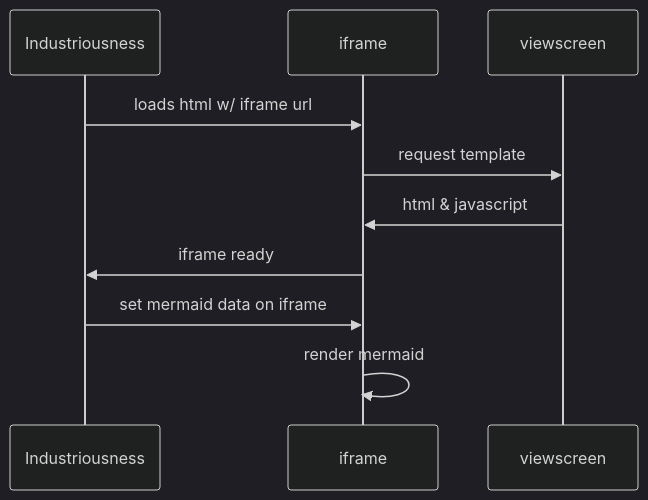
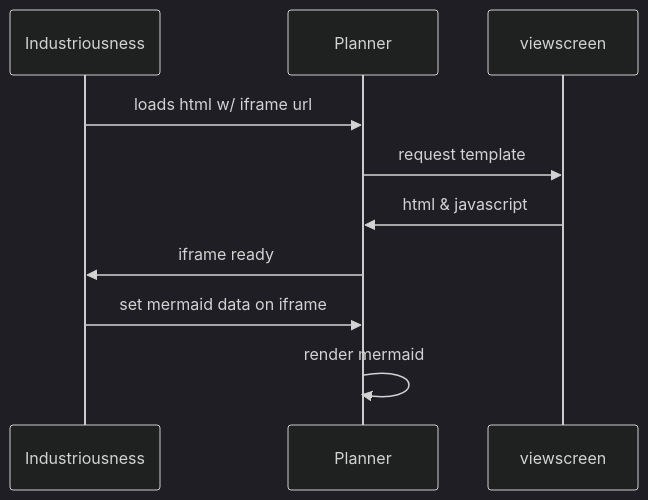
Before and after one commit to vanHeemstraSystems/industriousness: the second of 2 diagrams in 300/README.md, drawn with Mermaid (dark theme).

````diff
--- a/300/README.md
+++ b/300/README.md
@@ -21,12 +21,12 @@
 ```mermaid
 sequenceDiagram
     participant Industriousness
-    participant iframe
+    participant Planner
     participant viewscreen
-    Industriousness->>iframe: loads html w/ iframe url
-    iframe->>viewscreen: request template
-    viewscreen->>iframe: html & javascript
-    iframe->>Industriousness: iframe ready
-    Industriousness->>iframe: set mermaid data on iframe
-    iframe->>iframe: render mermaid
+    Industriousness->>Planner: loads html w/ iframe url
+    Planner->>viewscreen: request template
+    viewscreen->>Planner: html & javascript
+    Planner->>Industriousness: iframe ready
+    Industriousness->>Planner: set mermaid data on iframe
+    Planner->>Planner: render mermaid
 ```
````
